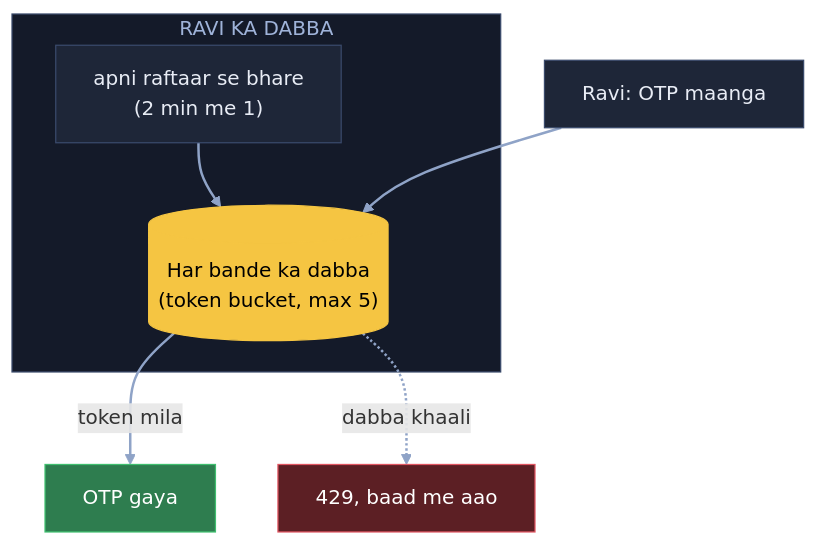
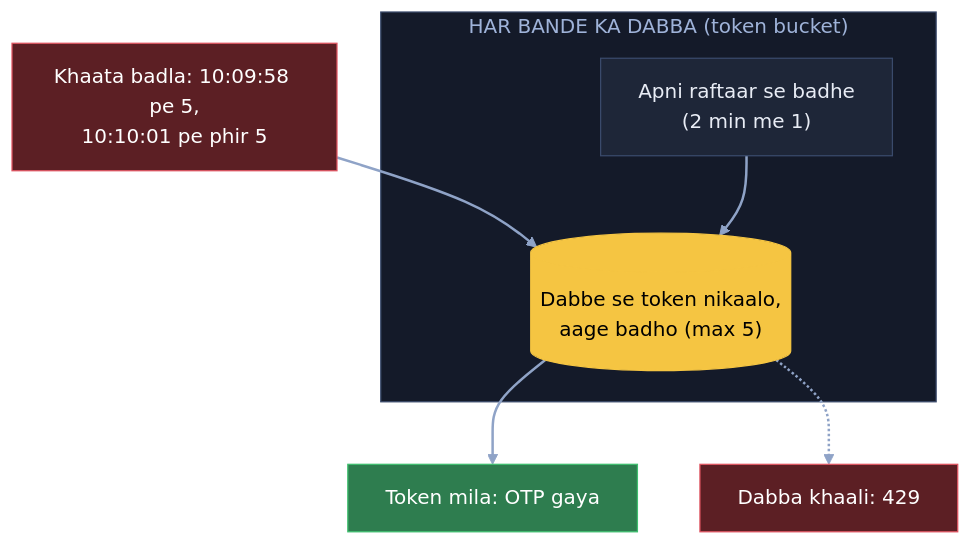
The third of 10 diagrams in 04_HLD/SYSTEM_DESIGNS/02_rate_limiter/02_rate_limiter.md (ArpanMaheshwari144/Prep), drawn with Mermaid before and after one commit. The commit also changed other lines of this file, not shown here.

Commit message:
Rate limiter: 10 diagram hand notes ke shabdon se (K1 naya), K3 me apni jodi line hatai

````diff
--- a/04_HLD/SYSTEM_DESIGNS/02_rate_limiter/02_rate_limiter.md
+++ b/04_HLD/SYSTEM_DESIGNS/02_rate_limiter/02_rate_limiter.md
@@ -75,20 +95,20 @@
 ```mermaid
 flowchart TB
-    U["Ravi: OTP maanga"]:::card
-    subgraph B["RAVI KA DABBA"]
-        D[("Har bande ka dabba<br/>(token bucket, max 5)")]:::pill
-        F["apni raftaar se bhare<br/>(2 min me 1)"]:::card
+    K["Khaata badla: 10:09:58 pe 5,<br/>10:10:01 pe phir 5"]:::bad
+    subgraph DB["HAR BANDE KA DABBA (token bucket)"]
+        D[("Dabbe se token nikaalo,<br/>aage badho (max 5)")]:::pill
+        F["Apni raftaar se badhe<br/>(2 min me 1)"]:::card
     end
-    OK["OTP gaya"]:::good
-    X["429, baad me aao"]:::bad
+    OK["Token mila: OTP gaya"]:::good
+    X["Dabba khaali: 429"]:::bad
+    K --> D
     F --> D
-    U --> D
-    D -- "token mila" --> OK
-    D -. "dabba khaali" .-> X
+    D --> OK
+    D -.-> X
     linkStyle default stroke:#8fa3c7,stroke-width:2px
     classDef card fill:#1e2638,stroke:#3a4a6b,color:#e8ecf5
     classDef pill fill:#f5c542,stroke:#f5c542,color:#000
     classDef good fill:#2e7d4f,stroke:#3fbf6f,color:#fff
     classDef bad fill:#5c1f24,stroke:#e05561,color:#fff
-    style B fill:#141a29,stroke:#3a4a6b,color:#9fb3d9
+    style DB fill:#141a29,stroke:#3a4a6b,color:#9fb3d9
 ```
````
